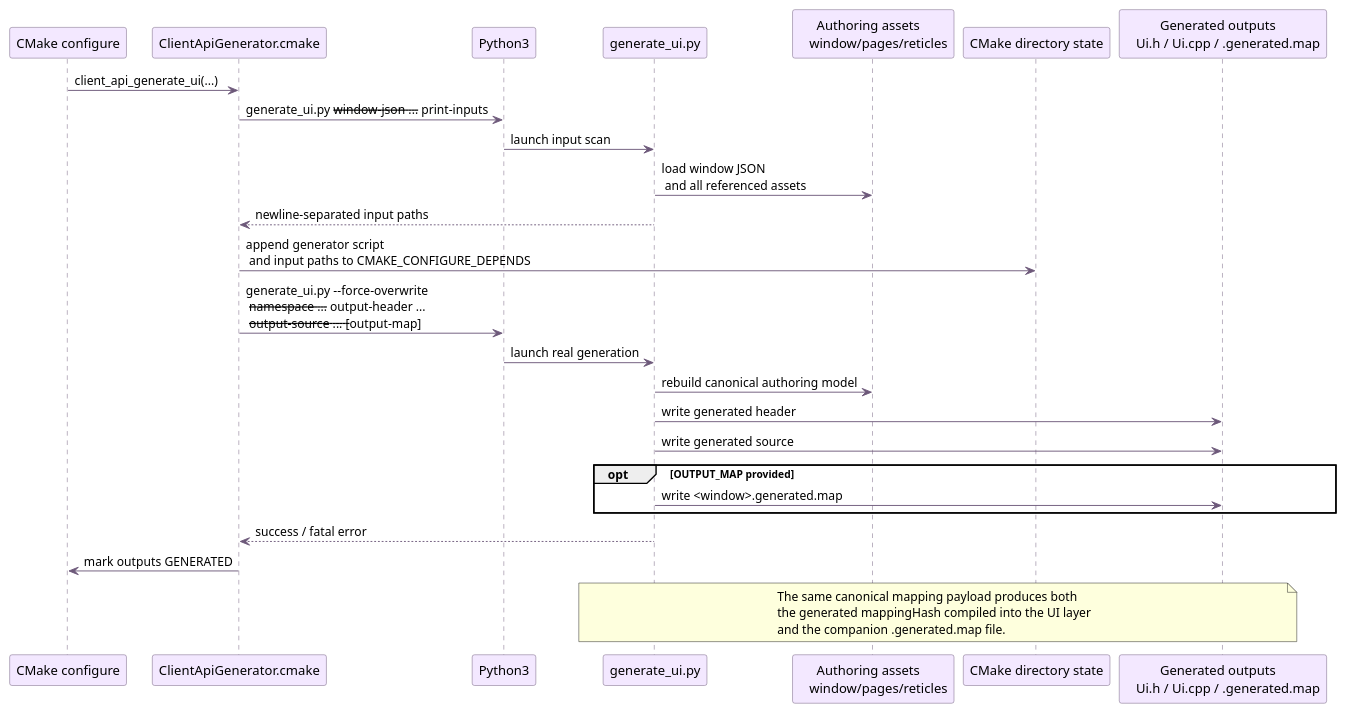
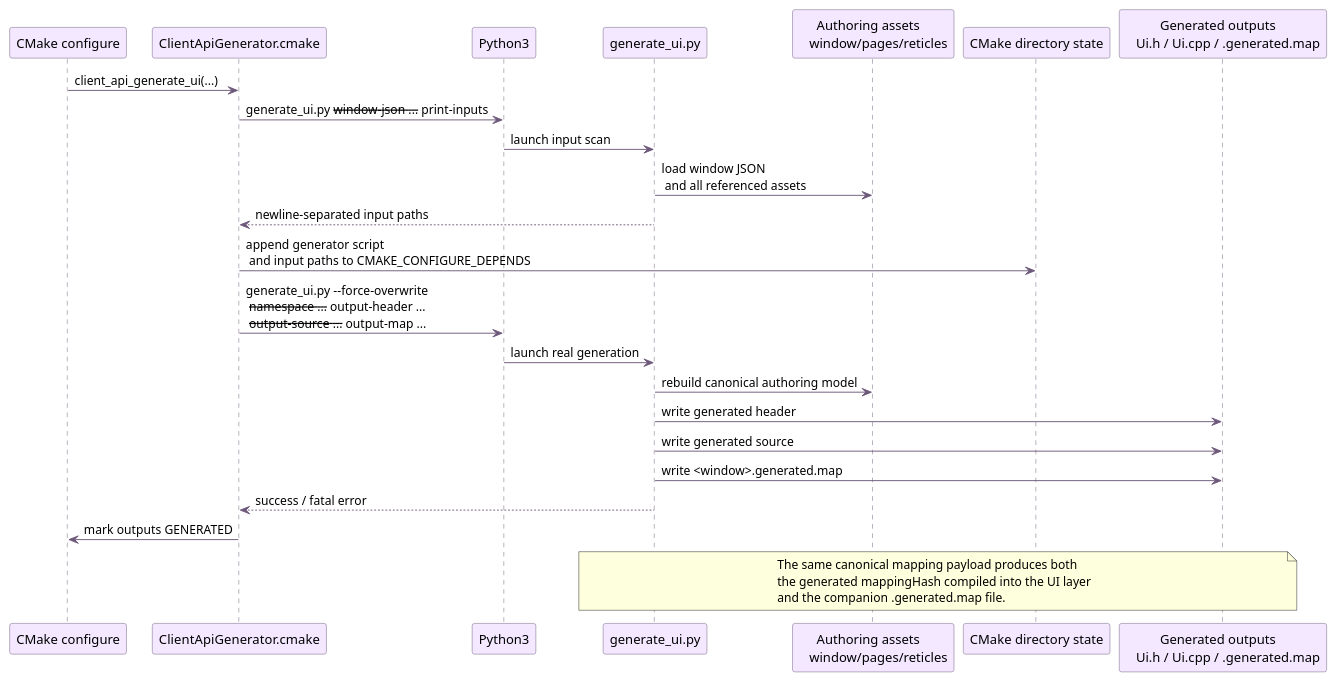
The diagram in docs/user_guide/diagrams/10_client_api_generation_sequence.puml (benoitfragit/MFDStudio), drawn with PlantUML before and after one commit. The commit also changed 19 other files, not shown here.

```diff
--- a/docs/user_guide/diagrams/10_client_api_generation_sequence.puml
+++ b/docs/user_guide/diagrams/10_client_api_generation_sequence.puml
@@ -1,43 +1,41 @@
 @startuml
 skinparam backgroundColor #FFFFFF
 skinparam shadowing false
 skinparam defaultFontName Segoe UI
 skinparam sequence {
   ArrowColor #6D597A
   LifeLineBorderColor #6D597A
   LifeLineBackgroundColor #F8FAFC
   ParticipantBorderColor #6D597A
   ParticipantBackgroundColor #F3E8FF
 }
 
 participant "CMake configure" as CMake
 participant "ClientApiGenerator.cmake" as Macro
 participant "Python3" as Python
 participant "generate_ui.py" as Generator
 participant "Authoring assets   \n   window/pages/reticles" as Assets
 participant "CMake directory state" as DirState
 participant "Generated outputs   \n   Ui.h / Ui.cpp / .generated.map" as Outputs
 
 CMake -> Macro : client_api_generate_ui(...)
 Macro -> Python : generate_ui.py --window-json ... --print-inputs
 Python -> Generator : launch input scan
 Generator -> Assets : load window JSON \n and all referenced assets
 Generator --> Macro : newline-separated input paths
 Macro -> DirState : append generator script \n and input paths to CMAKE_CONFIGURE_DEPENDS
-Macro -> Python : generate_ui.py --force-overwrite \n --namespace ... --output-header ... \n --output-source ... [--output-map]
+Macro -> Python : generate_ui.py --force-overwrite \n --namespace ... --output-header ... \n --output-source ... --output-map ...
 Python -> Generator : launch real generation
 Generator -> Assets : rebuild canonical authoring model
 Generator -> Outputs : write generated header
 Generator -> Outputs : write generated source
-opt OUTPUT_MAP provided
-  Generator -> Outputs : write <window>.generated.map
-end
+Generator -> Outputs : write <window>.generated.map
 Generator --> Macro : success / fatal error
 Macro -> CMake : mark outputs GENERATED
 
 note over Generator, Outputs
 The same canonical mapping payload produces both
 the generated mappingHash compiled into the UI layer
 and the companion .generated.map file.
 end note
 @enduml
```
